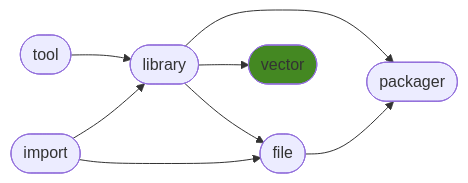
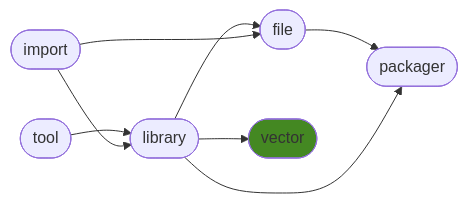
Before and after one commit to ManderaGeneral/generalvector: the diagram in README.md, drawn with Mermaid. The commit also changed other lines of this file, not shown here.

````diff
--- a/README.md
+++ b/README.md
@@ -24,17 +24,17 @@
 ```mermaid
 flowchart LR
-2([library]) --> 5([packager])
 3([file]) --> 5([packager])
 1([tool]) --> 2([library])
 0([import]) --> 2([library])
+2([library]) --> 5([packager])
+2([library]) --> 3([file])
 0([import]) --> 3([file])
 2([library]) --> 4([vector])
-2([library]) --> 3([file])
 click 0 "https://github.com/ManderaGeneral/generalimport"
 click 1 "https://github.com/ManderaGeneral/generaltool"
 click 2 "https://github.com/ManderaGeneral/generallibrary"
 click 3 "https://github.com/ManderaGeneral/generalfile"
 click 4 "https://github.com/ManderaGeneral/generalvector"
 click 5 "https://github.com/ManderaGeneral/generalpackager"
 style 4 fill:#482
 ```
````
